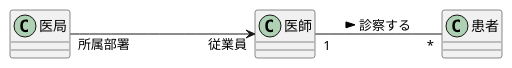
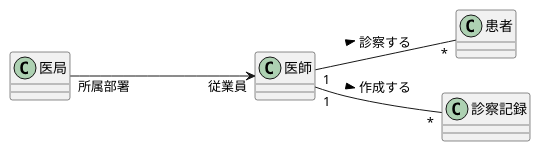
The diagram in 演習3-2_CL_医師と患者と医局と診療記録.pu (kazuki220/uml-introduction), drawn with PlantUML before and after one commit.

Commit message:
演習3-2の修正

```diff
--- a/演習3-2_CL_医師と患者と医局と診療記録.pu
+++ b/演習3-2_CL_医師と患者と医局と診療記録.pu
@@ -1,5 +1,6 @@
 @startuml 演習3-2
 left to right direction
 医局 "所属部署"---->"従業員" 医師
 医師 "1"--"*" 患者:診察する >
+医師 "1"--"*" 診察記録:作成する >
 @enduml
```
